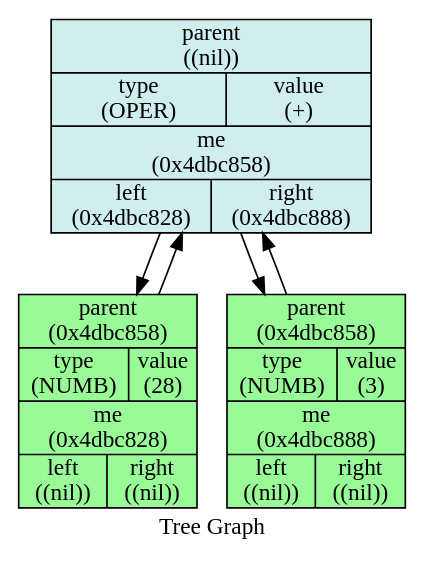
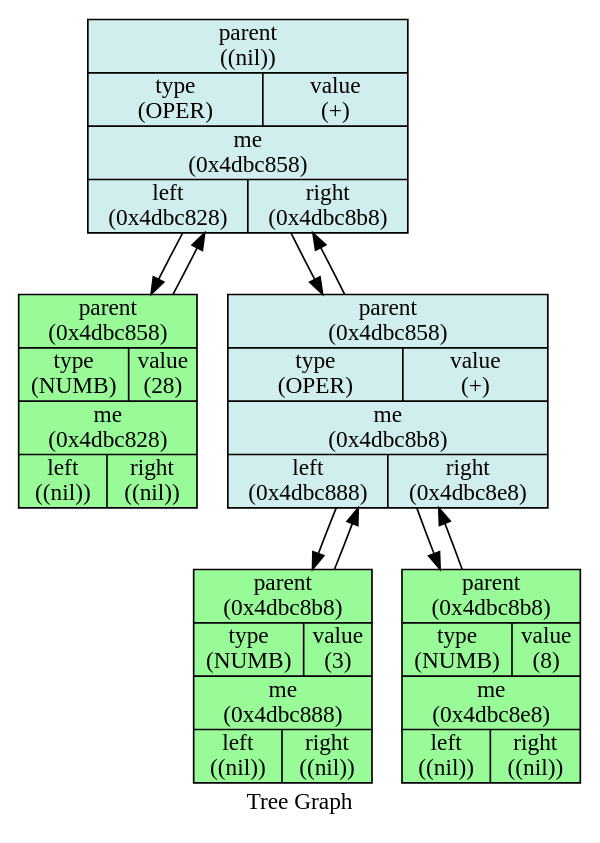
One commit to StaVan28/iLab changed the diagram in 8_differentiator/Txt/dump_tree_db.dot. Above: the diagram before and after it, drawn with Graphviz. The commit also changed 6 other files, not shown here.

```diff
--- a/8_differentiator/Txt/dump_tree_db.dot
+++ b/8_differentiator/Txt/dump_tree_db.dot
@@ -1,20 +1,30 @@
 digraph Tree {
 
     node [shape = "circle", style = "filled", fillcolor = "red",fontcolor = "#000000", margin = "0.01"];
     rankdir = "TB";
     label   = "Tree Graph";
 
-    "_0x4dbc858" [label = "{ {parent\n ((nil))} | {type \n (OPER) | value\n (+)}| {me\n (0x4dbc858)} | {left\n (0x4dbc828) | right\n (0x4dbc888)} }",fillcolor = "lightcyan2", shape = "record"];
+    "_0x4dbc858" [label = "{ {parent\n ((nil))} | {type \n (OPER) | value\n (+)}| {me\n (0x4dbc858)} | {left\n (0x4dbc828) | right\n (0x4dbc8b8)} }",fillcolor = "lightcyan2", shape = "record"];
     "_0x4dbc858"->"_0x4dbc828";
-    "_0x4dbc858"->"_0x4dbc888";
+    "_0x4dbc858"->"_0x4dbc8b8";
 
 
     "_0x4dbc828" [label = "{ {parent\n (0x4dbc858)} | {type \n (NUMB) | value\n (28)}| {me\n (0x4dbc828)} | {left\n ((nil)) | right\n ((nil))} }",fillcolor = "palegreen", shape = "record"];
     "_0x4dbc828"->"_0x4dbc858";
 
 
-    "_0x4dbc888" [label = "{ {parent\n (0x4dbc858)} | {type \n (NUMB) | value\n (3)}| {me\n (0x4dbc888)} | {left\n ((nil)) | right\n ((nil))} }",fillcolor = "palegreen", shape = "record"];
-    "_0x4dbc888"->"_0x4dbc858";
+    "_0x4dbc8b8" [label = "{ {parent\n (0x4dbc858)} | {type \n (OPER) | value\n (+)}| {me\n (0x4dbc8b8)} | {left\n (0x4dbc888) | right\n (0x4dbc8e8)} }",fillcolor = "lightcyan2", shape = "record"];
+    "_0x4dbc8b8"->"_0x4dbc858";
+    "_0x4dbc8b8"->"_0x4dbc888";
+    "_0x4dbc8b8"->"_0x4dbc8e8";
+
+
+    "_0x4dbc888" [label = "{ {parent\n (0x4dbc8b8)} | {type \n (NUMB) | value\n (3)}| {me\n (0x4dbc888)} | {left\n ((nil)) | right\n ((nil))} }",fillcolor = "palegreen", shape = "record"];
+    "_0x4dbc888"->"_0x4dbc8b8";
+
+
+    "_0x4dbc8e8" [label = "{ {parent\n (0x4dbc8b8)} | {type \n (NUMB) | value\n (8)}| {me\n (0x4dbc8e8)} | {left\n ((nil)) | right\n ((nil))} }",fillcolor = "palegreen", shape = "record"];
+    "_0x4dbc8e8"->"_0x4dbc8b8";
 
 
 }
```
